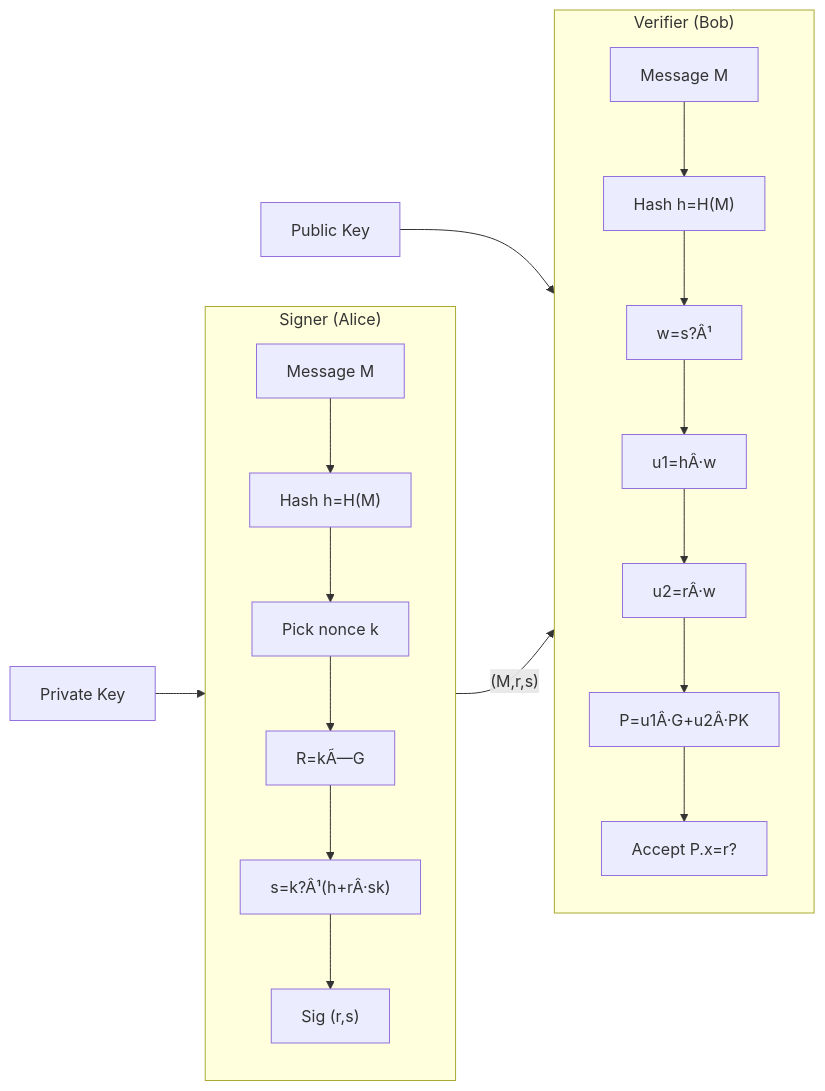
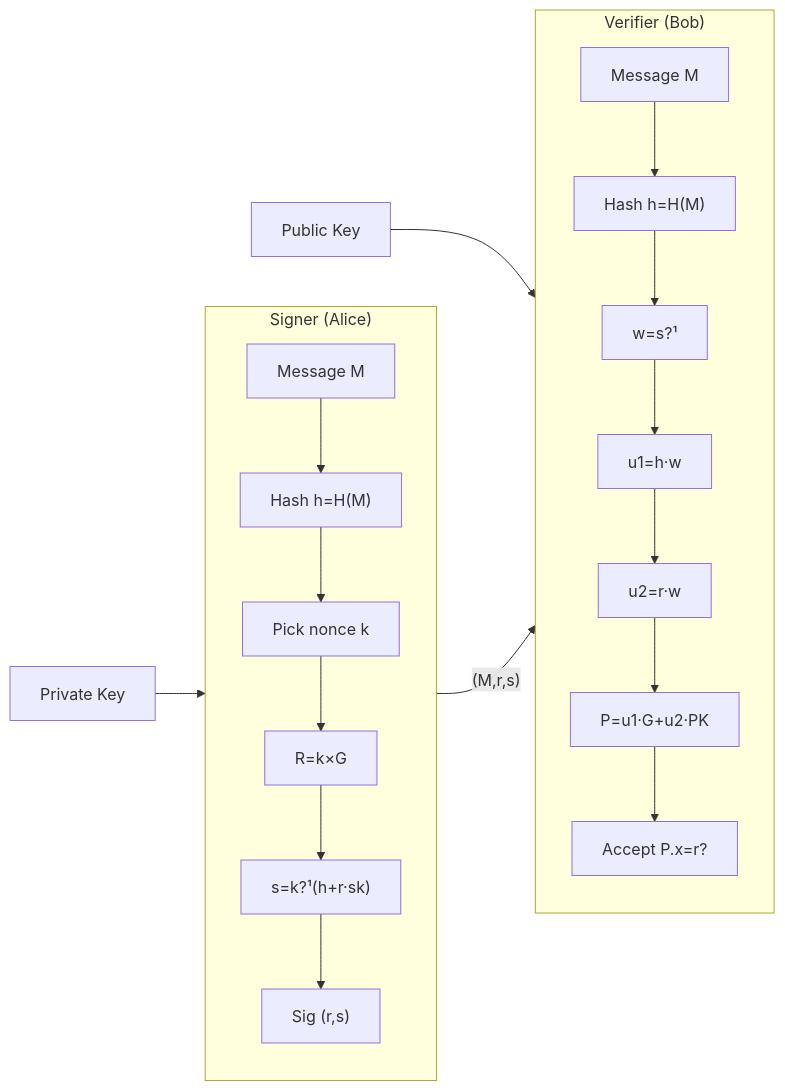
Before and after one commit to Raushan666java/ai-engineering-journey: the eighth of 8 diagrams in docs/courses/blockchain/02-cryptography.md, drawn with Mermaid. The commit also changed other lines of this file and 965 other files, not shown here.

````diff
--- a/docs/courses/blockchain/02-cryptography.md
+++ b/docs/courses/blockchain/02-cryptography.md
@@ -556,17 +556,17 @@
 ```mermaid
 flowchart LR
     subgraph Signer["Signer (Alice)"]
         direction TB
         A1["Message M"] --> A2["Hash h=H(M)"] --> A3["Pick nonce k"]
-        A3 --> A4["R=kÃ—G"] --> A5["s=k?Â¹(h+rÂ·sk)"] --> A6["Sig (r,s)"]
+        A3 --> A4["R=k×G"] --> A5["s=k?¹(h+r·sk)"] --> A6["Sig (r,s)"]
     end
     subgraph Verifier["Verifier (Bob)"]
         direction TB
-        B1["Message M"] --> B2["Hash h=H(M)"] --> B3["w=s?Â¹"]
-        B3 --> B4["u1=hÂ·w"] --> B5["u2=rÂ·w"]
-        B5 --> B6["P=u1Â·G+u2Â·PK"] --> B7["Accept P.x=r?"]
+        B1["Message M"] --> B2["Hash h=H(M)"] --> B3["w=s?¹"]
+        B3 --> B4["u1=h·w"] --> B5["u2=r·w"]
+        B5 --> B6["P=u1·G+u2·PK"] --> B7["Accept P.x=r?"]
     end
     AliceSK["Private Key"] --> A5
     AlicePK["Public Key"] --> B6
     Signer -->|"(M,r,s)"| Verifier
 ```
````
